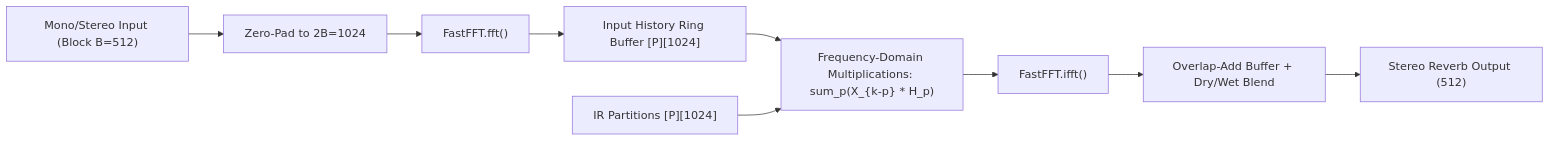
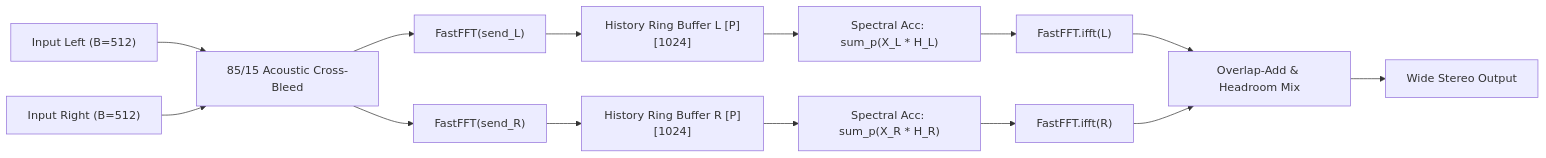
The second of 2 diagrams in docs/AUDIO.md (AnimalGuide-MackHaber/MOLD), drawn with Mermaid before and after one commit. The commit also changed other lines of this file and 33 other files, not shown here.

````diff
--- a/docs/AUDIO.md
+++ b/docs/AUDIO.md
@@ -132,11 +173,16 @@
 ```mermaid
 flowchart LR
-    In["Mono/Stereo Input (Block B=512)"] --> Pad["Zero-Pad to 2B=1024"]
-    Pad --> FFT["FastFFT.fft()"]
-    FFT --> History["Input History Ring Buffer [P][1024]"]
-    History --> FD_Mpy["Frequency-Domain Multiplications: sum_p(X_{k-p} * H_p)"]
-    IR_Parts["IR Partitions [P][1024]"] --> FD_Mpy
-    FD_Mpy --> IFFT["FastFFT.ifft()"]
-    IFFT --> OLA["Overlap-Add Buffer + Dry/Wet Blend"]
-    OLA --> Out["Stereo Reverb Output (512)"]
+    InL["Input Left (B=512)"] --> Cross["85/15 Acoustic Cross-Bleed"]
+    InR["Input Right (B=512)"] --> Cross
+    Cross --> FFT_L["FastFFT(send_L)"]
+    Cross --> FFT_R["FastFFT(send_R)"]
+    FFT_L --> HistL["History Ring Buffer L [P][1024]"]
+    FFT_R --> HistR["History Ring Buffer R [P][1024]"]
+    HistL --> AccL["Spectral Acc: sum_p(X_L * H_L)"]
+    HistR --> AccR["Spectral Acc: sum_p(X_R * H_R)"]
+    AccL --> IFFT_L["FastFFT.ifft(L)"]
+    AccR --> IFFT_R["FastFFT.ifft(R)"]
+    IFFT_L --> OLA["Overlap-Add & Headroom Mix"]
+    IFFT_R --> OLA
+    OLA --> Out["Wide Stereo Output"]
 ```
````
